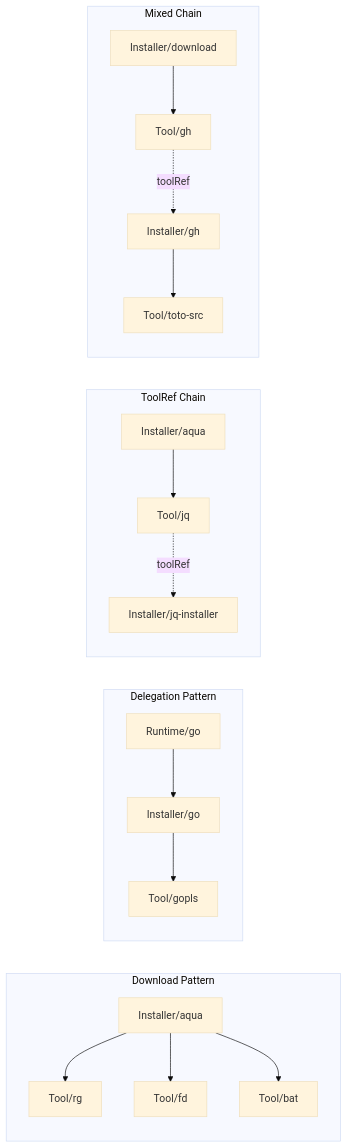
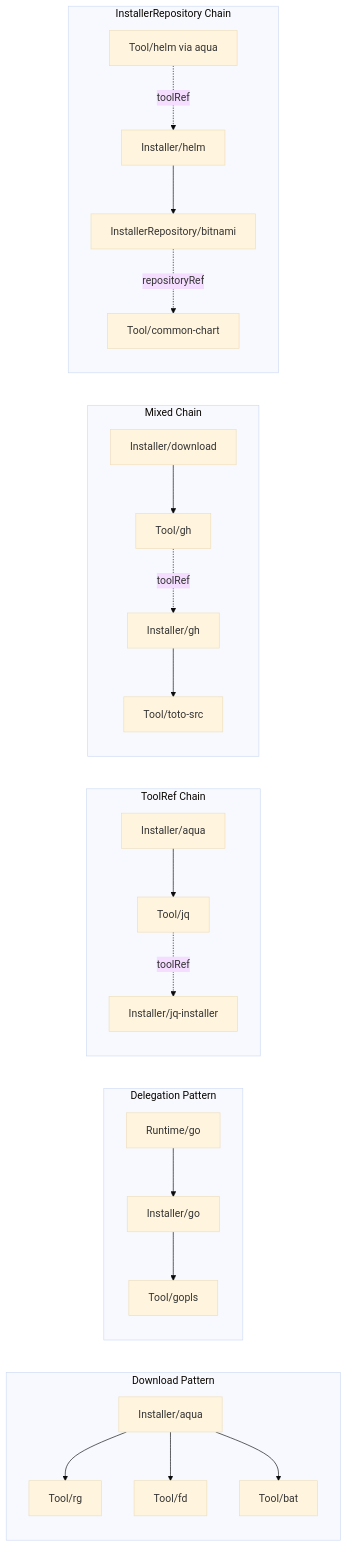
The second of 2 diagrams in e2e/scenario.md (terassyi/tomei), drawn with Mermaid (base theme) before and after one commit. The commit also changed other lines of this file and 37 other files, not shown here.

````diff
--- a/e2e/scenario.md
+++ b/e2e/scenario.md
@@ -70,24 +90,31 @@
 ```mermaid
 graph LR
     subgraph P1["Download Pattern"]
         I1[Installer/aqua] --> T1[Tool/rg]
         I1 --> T2[Tool/fd]
         I1 --> T3[Tool/bat]
     end
 
     subgraph P2["Delegation Pattern"]
         R1[Runtime/go] --> I2[Installer/go]
         I2 --> T4[Tool/gopls]
     end
 
     subgraph P3["ToolRef Chain"]
         I3[Installer/aqua] --> T5[Tool/jq]
         T5 -.->|toolRef| I4[Installer/jq-installer]
     end
 
     subgraph P4["Mixed Chain"]
         I5[Installer/download] --> T6[Tool/gh]
         T6 -.->|toolRef| I6[Installer/gh]
         I6 --> T7[Tool/toto-src]
     end
+
+    subgraph P5["InstallerRepository Chain"]
+        T8[Tool/helm via aqua]
+        T8 -.->|toolRef| I8[Installer/helm]
+        I8 --> IR1[InstallerRepository/bitnami]
+        IR1 -.->|repositoryRef| T9[Tool/common-chart]
+    end
 ```
````
